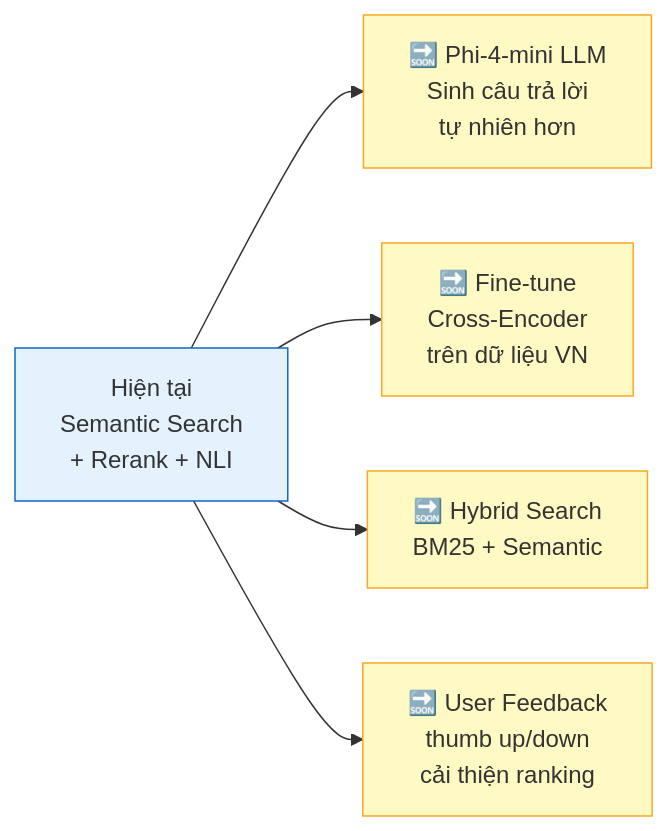
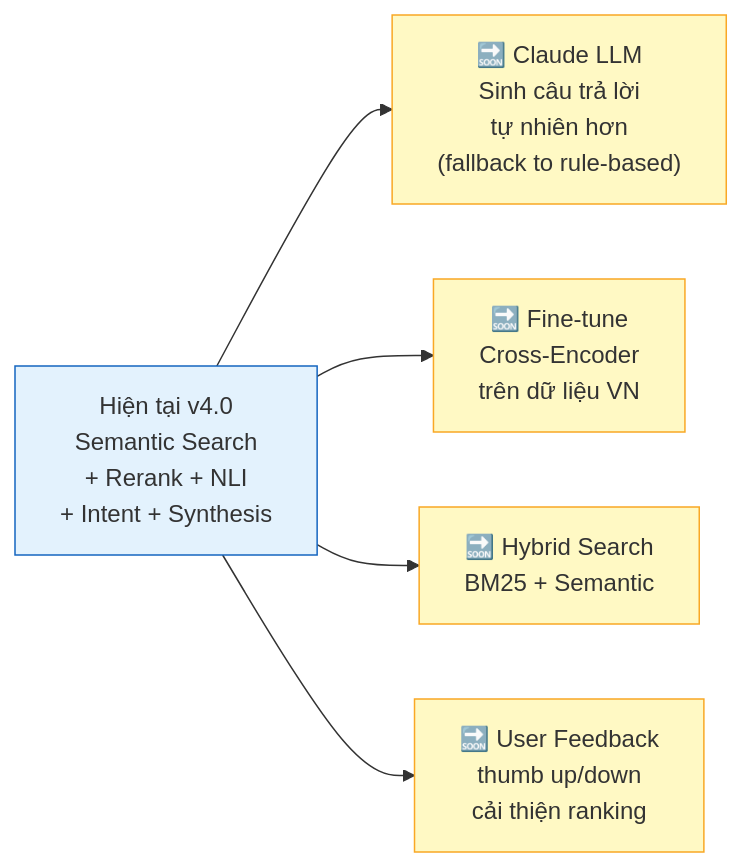
One commit to HistoryMindAI/vietnam_history_dataset changed diagram 21 of 21 in AI_DEVELOPMENT_ROADMAP.md. Above: the diagram before and after it, drawn with Mermaid. The commit also changed other lines of this file and 7 other files, not shown here.

````diff
--- a/AI_DEVELOPMENT_ROADMAP.md
+++ b/AI_DEVELOPMENT_ROADMAP.md
@@ -420,13 +635,13 @@
 ```mermaid
 graph LR
-    Now["Hiện tại<br/>Semantic Search<br/>+ Rerank + NLI"] --> F1["🔜 Phi-4-mini LLM<br/>Sinh câu trả lời<br/>tự nhiên hơn"]
+    Now["Hiện tại v4.0<br/>Semantic Search<br/>+ Rerank + NLI<br/>+ Intent + Synthesis"] --> F1["🔜 Claude LLM<br/>Sinh câu trả lời<br/>tự nhiên hơn<br/>(fallback to rule-based)"]
     Now --> F2["🔜 Fine-tune<br/>Cross-Encoder<br/>trên dữ liệu VN"]
     Now --> F3["🔜 Hybrid Search<br/>BM25 + Semantic"]
     Now --> F4["🔜 User Feedback<br/>thumb up/down<br/>cải thiện ranking"]
 
     style Now fill:#E3F2FD,stroke:#1565C0
     style F1 fill:#FFF9C4,stroke:#F9A825
     style F2 fill:#FFF9C4,stroke:#F9A825
     style F3 fill:#FFF9C4,stroke:#F9A825
     style F4 fill:#FFF9C4,stroke:#F9A825
 ```
````
